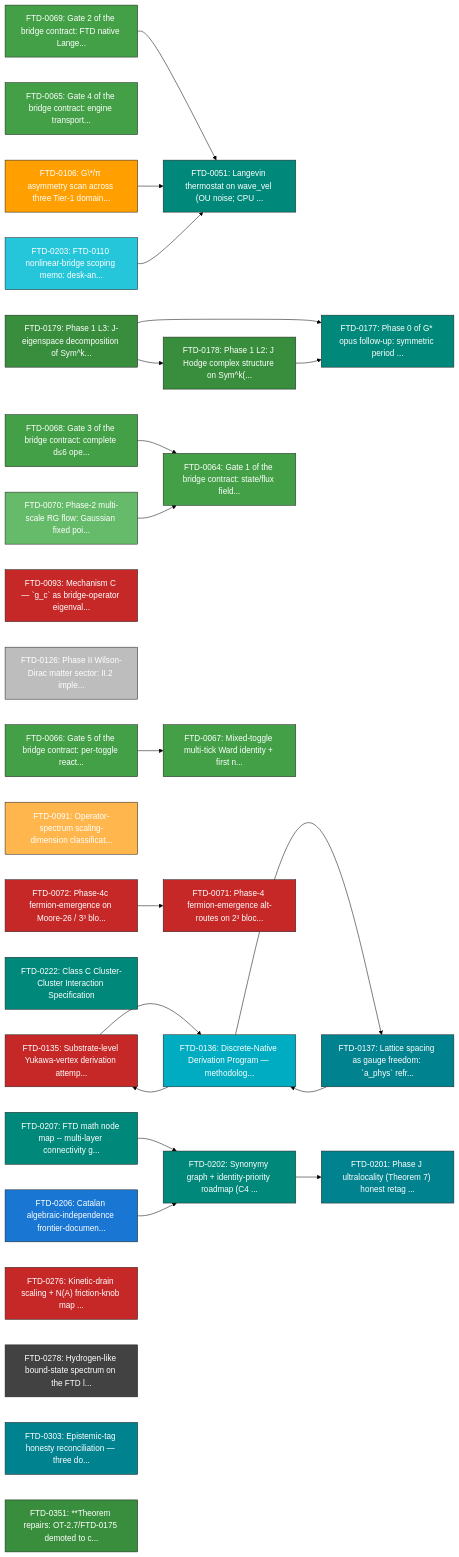
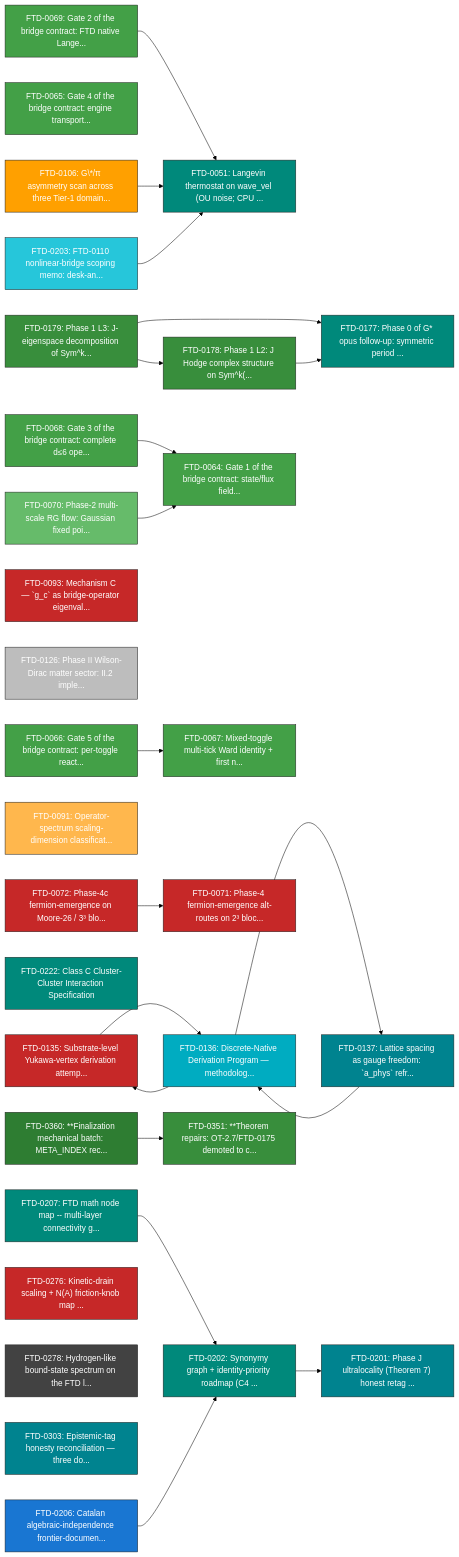
Before and after one commit to cpaci-tani/Foundational-Ternary-Dynamics: diagram 14 of 16 in docs/theory/09_mathematical/NODE_MAP_FTD_MATH.md, drawn with Mermaid (forest theme). The commit also changed other lines of this file and 2 other files, not shown here.

Commit message:
docs(tracker): dissemination-layer + x-/N_c residual sweeps logged as queued arcs (section 10); math node map regenerated from post-arc LEDGER (json + mermaid md)

````diff
--- a/docs/theory/09_mathematical/NODE_MAP_FTD_MATH.md
+++ b/docs/theory/09_mathematical/NODE_MAP_FTD_MATH.md
@@ -728,6 +758,8 @@
     style FTD_0303 fill:#00838f,color:white,stroke:#222,stroke-width:1px
     FTD_0351["FTD-0351: **Theorem repairs: OT-2.7/FTD-0175 demoted to c..."]
     style FTD_0351 fill:#388e3c,color:white,stroke:#222,stroke-width:1px
+    FTD_0360["FTD-0360: **Finalization mechanical batch: META_INDEX rec..."]
+    style FTD_0360 fill:#2e7d32,color:white,stroke:#222,stroke-width:1px
     FTD_0178 --> FTD_0177
     FTD_0179 --> FTD_0177
     FTD_0179 --> FTD_0178
@@ -745,4 +777,5 @@
     FTD_0206 --> FTD_0202
     FTD_0203 --> FTD_0051
     FTD_0202 --> FTD_0201
+    FTD_0360 --> FTD_0351
 ```
````
